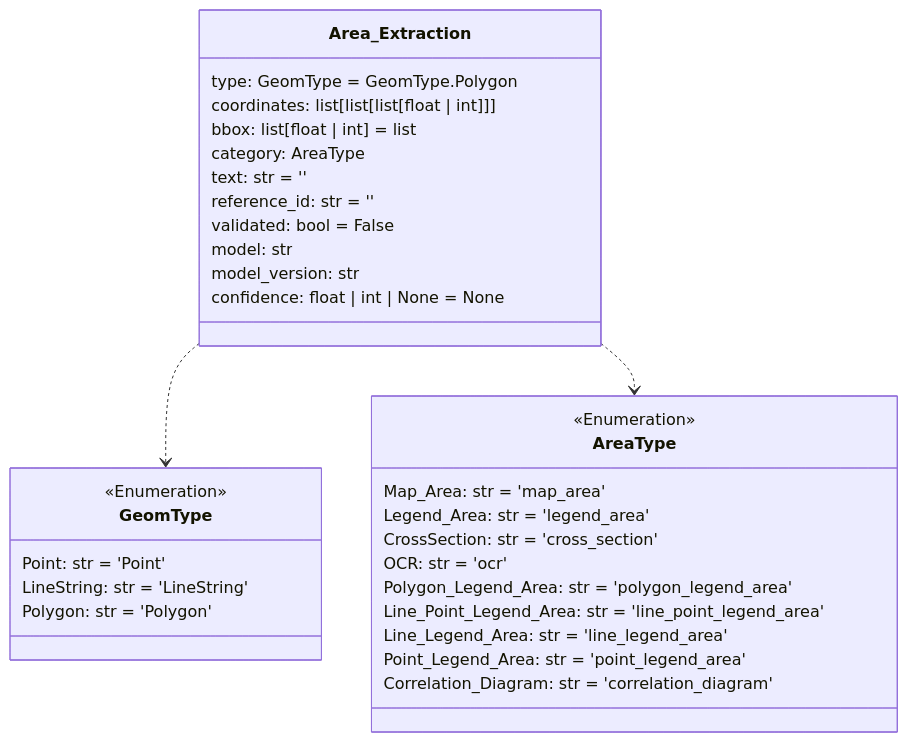
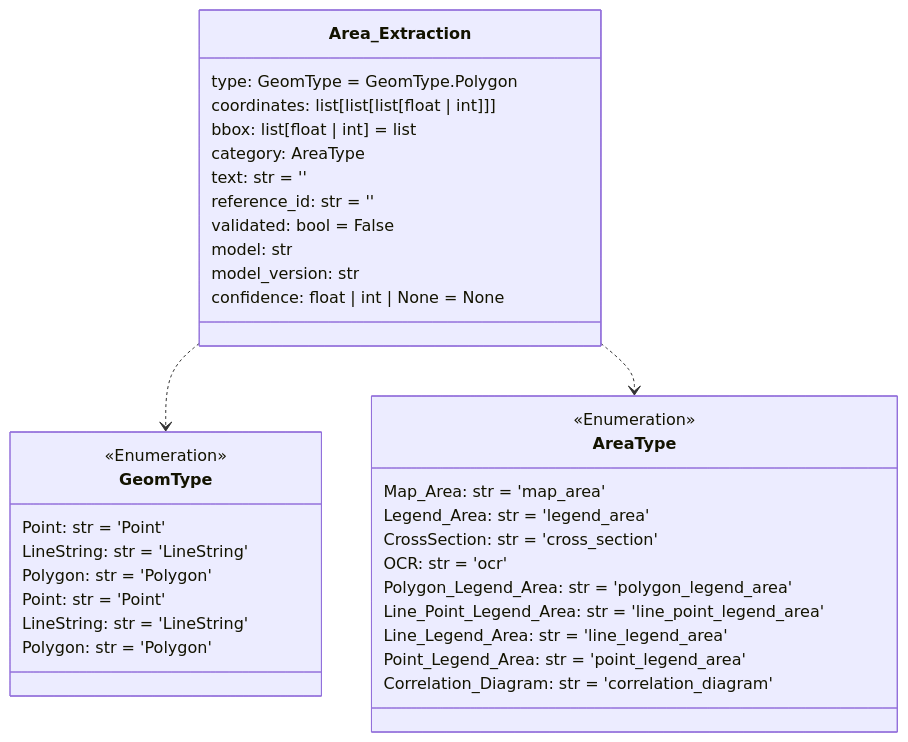
One commit to DARPA-CRITICALMAAS/cdr_schemas changed the first of 14 diagrams in README.md. Above: the diagram before and after it, drawn with Mermaid. The commit also changed other lines of this file and 3 other files, not shown here.

````diff
--- a/README.md
+++ b/README.md
@@ -68,41 +68,48 @@
 ```mermaid
 classDiagram
 
     class GeomType {
         <<Enumeration>>
         Point: str = 'Point'
         LineString: str = 'LineString'
         Polygon: str = 'Polygon'
     }
 
     class AreaType {
         <<Enumeration>>
         Map_Area: str = 'map_area'
         Legend_Area: str = 'legend_area'
         CrossSection: str = 'cross_section'
         OCR: str = 'ocr'
         Polygon_Legend_Area: str = 'polygon_legend_area'
         Line_Point_Legend_Area: str = 'line_point_legend_area'
         Line_Legend_Area: str = 'line_legend_area'
         Point_Legend_Area: str = 'point_legend_area'
         Correlation_Diagram: str = 'correlation_diagram'
     }
 
+    class GeomType {
+        <<Enumeration>>
+        Point: str = 'Point'
+        LineString: str = 'LineString'
+        Polygon: str = 'Polygon'
+    }
+
     class Area_Extraction {
         type: GeomType = GeomType.Polygon
         coordinates: list[list[list[float | int]]]
         bbox: list[float | int] = list
         category: AreaType
         text: str = ''
         reference_id: str = ''
         validated: bool = False
         model: str
         model_version: str
         confidence: float | int | None = None
     }
 
     Area_Extraction ..> GeomType
     Area_Extraction ..> AreaType
 
 
 ```
````
